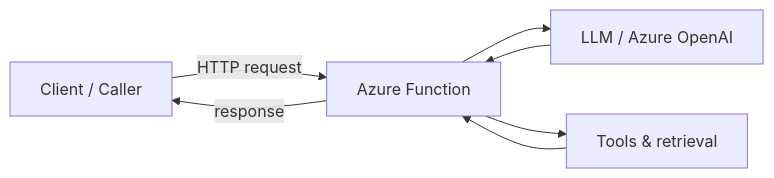
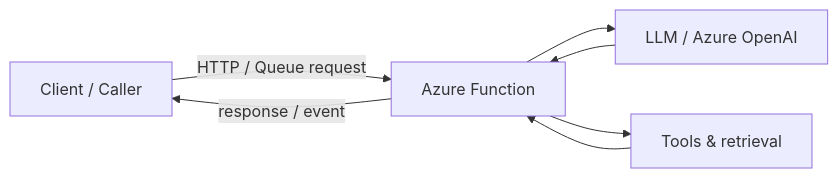
The second of 2 diagrams in docs/patterns/ai-and-agents/index.md (Pushkar-Shahi/azure-functions-cookbook-python), drawn with Mermaid before and after one commit. The commit also changed other lines of this file and 4 other files, not shown here.

````diff
--- a/docs/patterns/ai-and-agents/index.md
+++ b/docs/patterns/ai-and-agents/index.md
@@ -7,9 +22,9 @@
 ```mermaid
 flowchart LR
-    Client[Client / Caller] -->|HTTP request| Fn[Azure Function]
+    Client[Client / Caller] -->|HTTP / Queue request| Fn[Azure Function]
     Fn --> Model[LLM / Azure OpenAI]
     Fn --> Tools[Tools & retrieval]
     Model --> Fn
     Tools --> Fn
-    Fn -->|response| Client
+    Fn -->|response / event| Client
 ```
````
